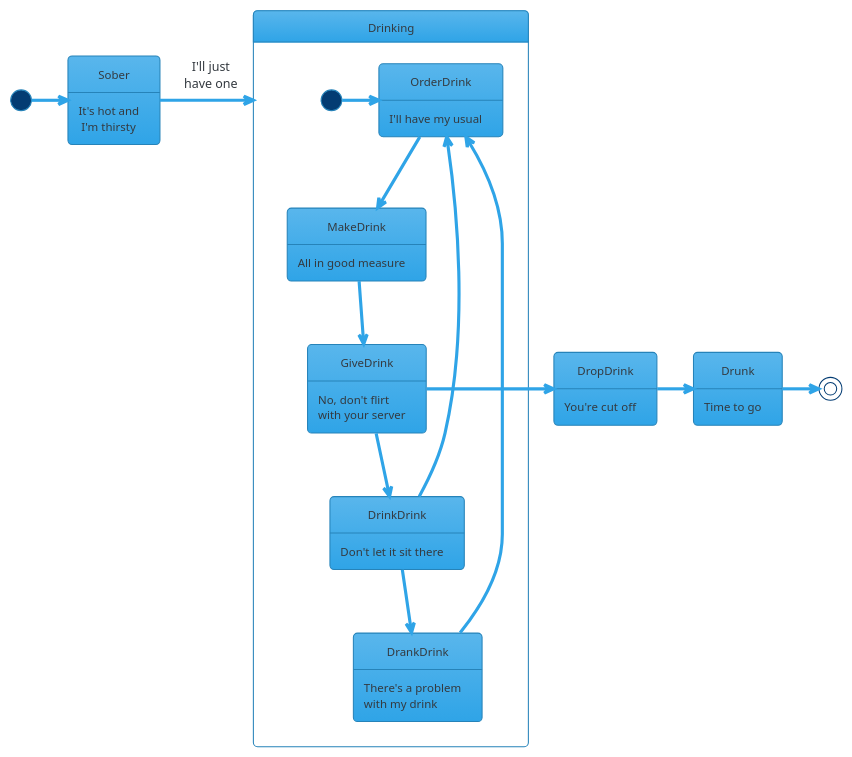
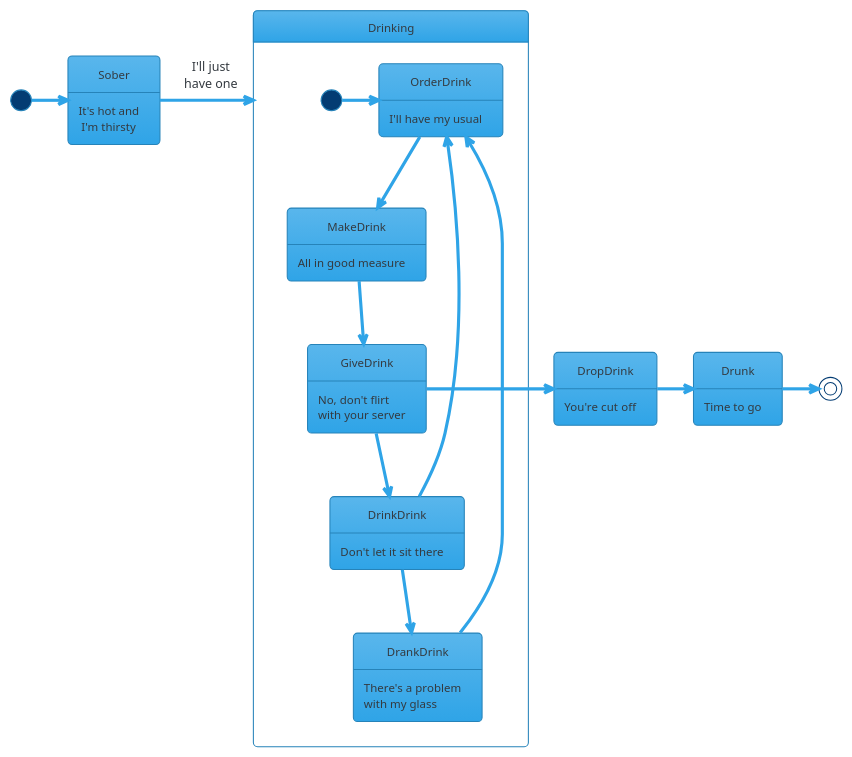
The diagram in input/images-source/statediagram.plantuml (DavidPyke/HappyHour), drawn with PlantUML before and after one commit. The commit also changed 1 other file, not shown here.

Commit message:
Update diagrams

```diff
--- a/input/images-source/statediagram.plantuml
+++ b/input/images-source/statediagram.plantuml
@@ -1,27 +1,27 @@
 @startuml
 
 !theme cerulean
 
 [*] -> Sober 
 Sober : It's hot and\n I'm thirsty
 Sober -> Drinking : I'll just\nhave one
 state Drinking {
 [*] -> OrderDrink
 OrderDrink : I'll have my usual
 OrderDrink --> MakeDrink
 MakeDrink : All in good measure
 MakeDrink --> GiveDrink
 GiveDrink : No, don't flirt\nwith your server
 GiveDrink --> DrinkDrink
 DrinkDrink : Don't let it sit there
 DrinkDrink --> OrderDrink
 DrinkDrink --> DrankDrink
-DrankDrink : There's a problem\nwith my drink
+DrankDrink : There's a problem\nwith my glass
 DrankDrink --> OrderDrink
 }
 GiveDrink -> DropDrink
 DropDrink : You're cut off
 DropDrink -> Drunk
 Drunk : Time to go
 Drunk -> [*]
 @enduml
```
